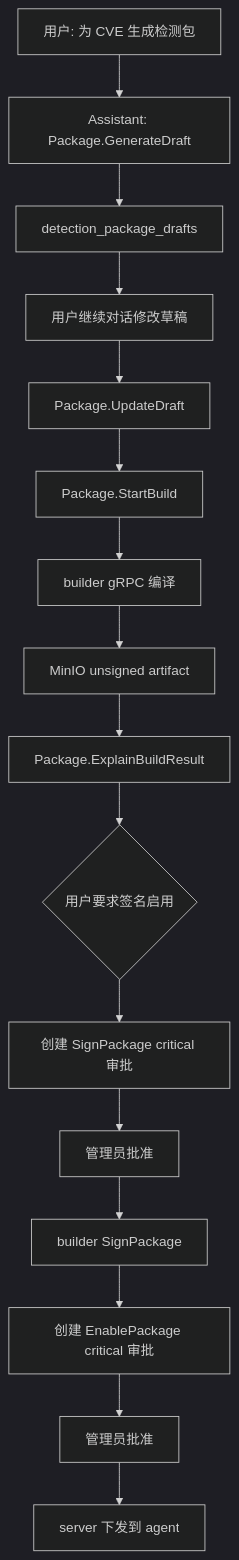
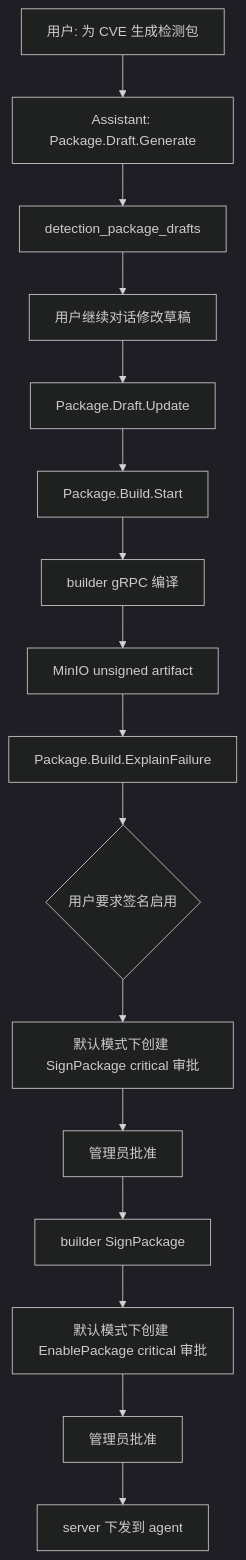
The fifth of 5 diagrams in docs/aegis_system_design_v6.0/overall_architecture_design_v6.0.md (alex-chenc/aegis), drawn with Mermaid (dark theme) before and after one commit. The commit also changed other lines of this file and 8 other files, not shown here.

````diff
--- a/docs/aegis_system_design_v6.0/overall_architecture_design_v6.0.md
+++ b/docs/aegis_system_design_v6.0/overall_architecture_design_v6.0.md
@@ -166,18 +173,18 @@
 ```mermaid
 flowchart TD
-  A["用户: 为 CVE 生成检测包"] --> B["Assistant: Package.GenerateDraft"]
+  A["用户: 为 CVE 生成检测包"] --> B["Assistant: Package.Draft.Generate"]
   B --> C["detection_package_drafts"]
   C --> D["用户继续对话修改草稿"]
-  D --> E["Package.UpdateDraft"]
-  E --> F["Package.StartBuild"]
+  D --> E["Package.Draft.Update"]
+  E --> F["Package.Build.Start"]
   F --> G["builder gRPC 编译"]
   G --> H["MinIO unsigned artifact"]
-  H --> I["Package.ExplainBuildResult"]
+  H --> I["Package.Build.ExplainFailure"]
   I --> J{"用户要求签名启用"}
-  J --> K["创建 SignPackage critical 审批"]
+  J --> K["默认模式下创建 SignPackage critical 审批"]
   K --> L["管理员批准"]
   L --> M["builder SignPackage"]
-  M --> N["创建 EnablePackage critical 审批"]
+  M --> N["默认模式下创建 EnablePackage critical 审批"]
   N --> O["管理员批准"]
   O --> P["server 下发到 agent"]
 ```
````
